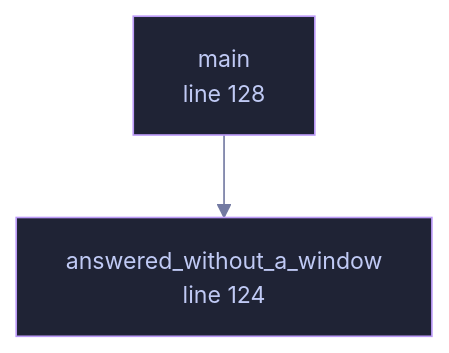
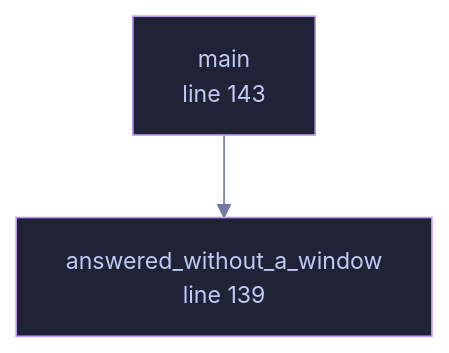
The diagram in docs/files/veilvoice-gui/main.md (tilas01/veilvoice), drawn with Mermaid before and after one commit. The commit also changed other lines of this file and 81 other files, not shown here.

````diff
--- a/docs/files/veilvoice-gui/main.md
+++ b/docs/files/veilvoice-gui/main.md
@@ -89,13 +89,13 @@
 ```mermaid
 %%{init: {"theme":"base","themeVariables":{"background":"#1a1b26","primaryColor":"#1f2335","primaryTextColor":"#c0caf5","primaryBorderColor":"#7aa2f7","secondaryColor":"#16161e","tertiaryColor":"#16161e","lineColor":"#737aa2","textColor":"#c0caf5","mainBkg":"#1f2335","nodeBorder":"#7aa2f7","clusterBkg":"#16161e","clusterBorder":"#2f3549","fontFamily":"ui-monospace, SFMono-Regular, Consolas, monospace","fontSize":"14px"}}}%%
 flowchart TD
-    n_answered_without_a_window["answered_without_a_window<br/>line 109"]
-    n_answered_without_a_window["answered_without_a_window<br/>line 124"]
-    n_main["main<br/>line 128"]
+    n_answered_without_a_window["answered_without_a_window<br/>line 112"]
+    n_answered_without_a_window["answered_without_a_window<br/>line 139"]
+    n_main["main<br/>line 143"]
     n_main --> n_answered_without_a_window
-    click n_answered_without_a_window href "https://github.com/tilas01/veilvoice/blob/main/crates/veilvoice-gui/src/main.rs#L109" "open the source"
-    click n_answered_without_a_window href "https://github.com/tilas01/veilvoice/blob/main/crates/veilvoice-gui/src/main.rs#L124" "open the source"
-    click n_main href "https://github.com/tilas01/veilvoice/blob/main/crates/veilvoice-gui/src/main.rs#L128" "open the source"
+    click n_answered_without_a_window href "https://github.com/tilas01/veilvoice/blob/main/crates/veilvoice-gui/src/main.rs#L112" "open the source"
+    click n_answered_without_a_window href "https://github.com/tilas01/veilvoice/blob/main/crates/veilvoice-gui/src/main.rs#L139" "open the source"
+    click n_main href "https://github.com/tilas01/veilvoice/blob/main/crates/veilvoice-gui/src/main.rs#L143" "open the source"
     classDef helper fill:#1f2335,stroke:#bb9af7,color:#c0caf5
     class n_answered_without_a_window,n_answered_without_a_window,n_main helper
 ```
````
